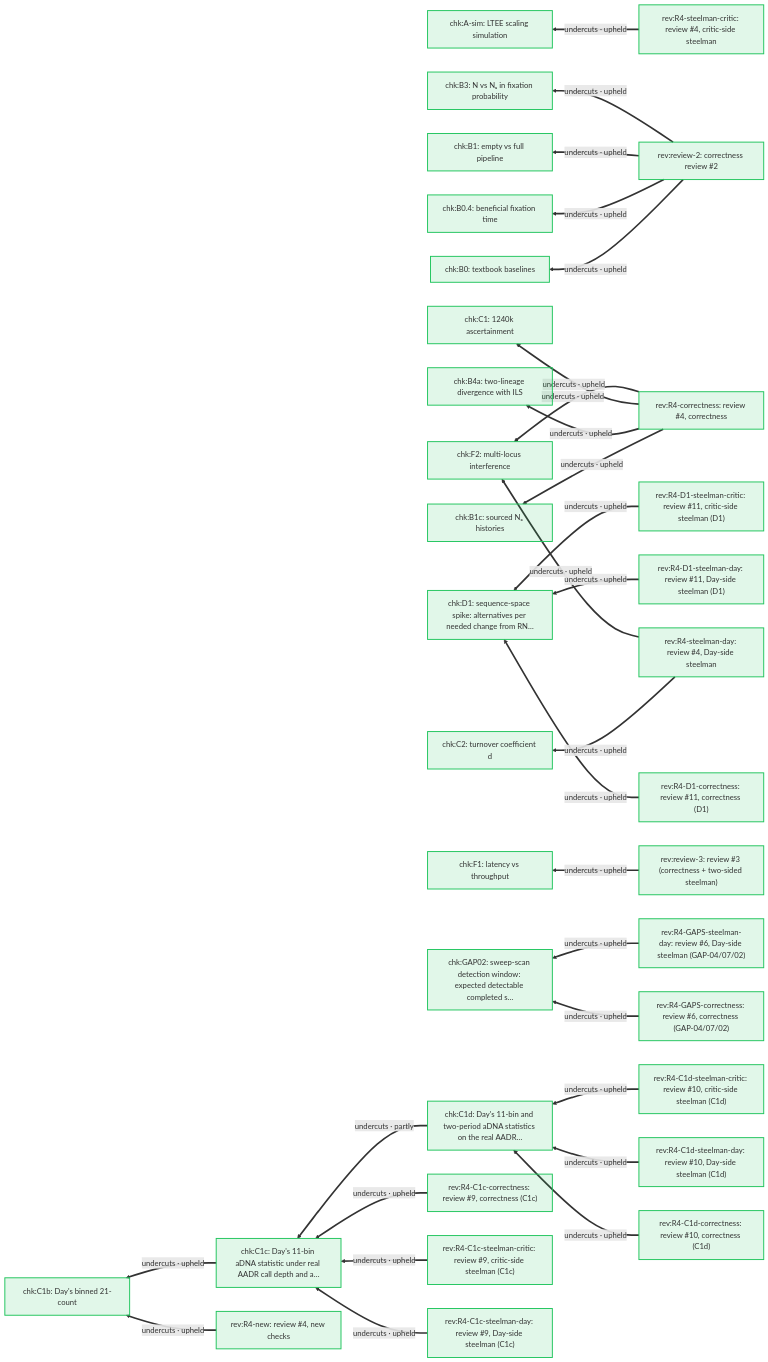
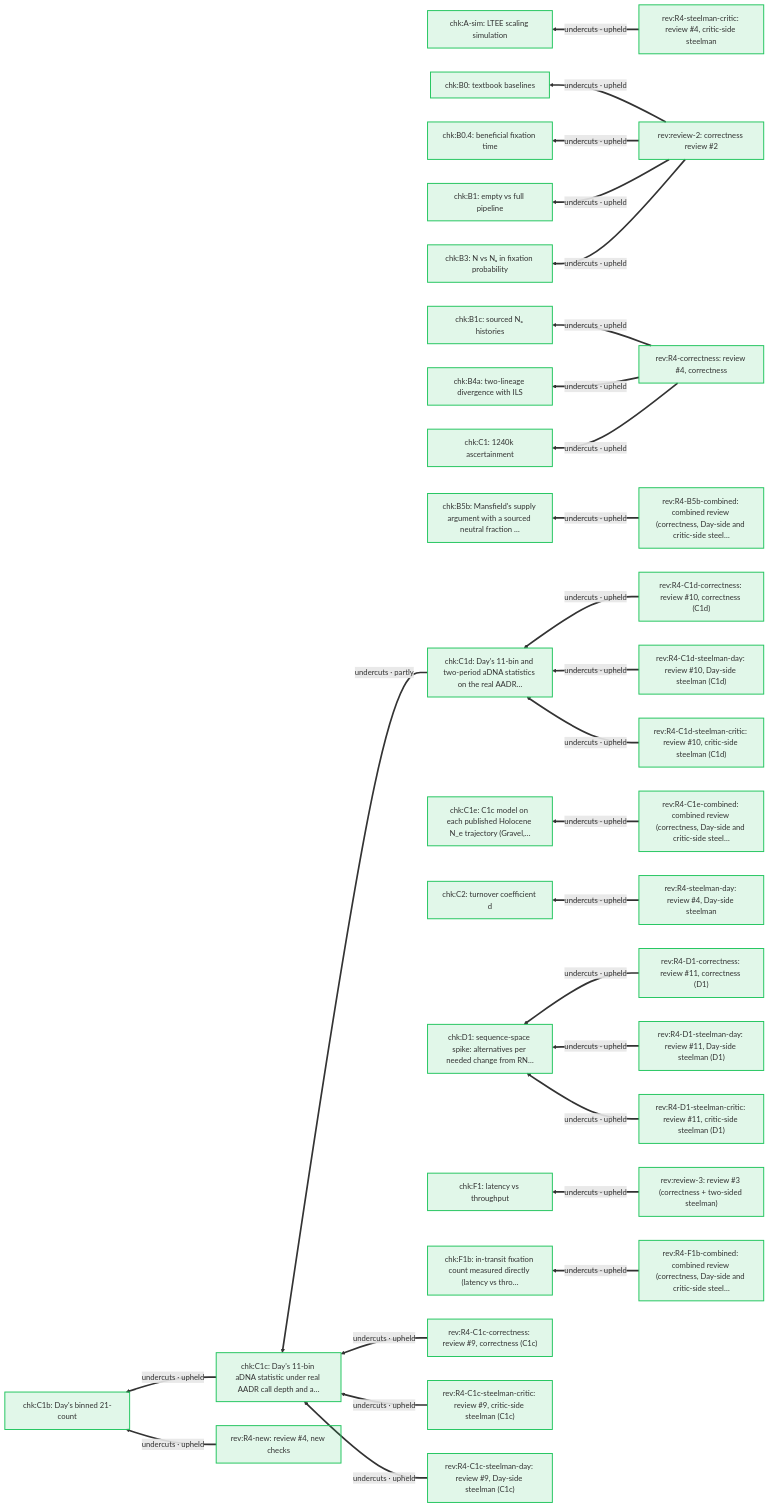
Diagram 17 of 19 in docs/arguments/defeaters.md (nickallevato/evo-sim), drawn with Mermaid before and after one commit. The commit also changed other lines of this file and 18 other files, not shown here.

````diff
--- a/docs/arguments/defeaters.md
+++ b/docs/arguments/defeaters.md
@@ -824,67 +836,68 @@
 ```mermaid
 flowchart RL
   classDef day fill:#f59e0b22,stroke:#f59e0b,stroke-width:2px
   classDef ally fill:#d9770622,stroke:#d97706,stroke-width:2px
   classDef critic fill:#3b82f622,stroke:#3b82f6,stroke-width:2px
   classDef literature fill:#a3a3a322,stroke:#a3a3a3,stroke-width:2px
   classDef audit fill:#22c55e22,stroke:#22c55e,stroke-width:2px
   chk_A_sim["chk:A-sim: LTEE scaling simulation"]:::audit
   chk_B0["chk:B0: textbook baselines"]:::audit
   chk_B0_4["chk:B0.4: beneficial fixation time"]:::audit
   chk_B1["chk:B1: empty vs full pipeline"]:::audit
   chk_B1c["chk:B1c: sourced Nₑ histories"]:::audit
   chk_B3["chk:B3: N vs Nₑ in fixation probability"]:::audit
   chk_B4a["chk:B4a: two-lineage divergence with ILS"]:::audit
+  chk_B5b["chk:B5b: Mansfield's supply argument with a sourced neutral fraction …"]:::audit
   chk_C1["chk:C1: 1240k ascertainment"]:::audit
   chk_C1b["chk:C1b: Day's binned 21-count"]:::audit
   chk_C1c["chk:C1c: Day's 11-bin aDNA statistic under real AADR call depth and a…"]:::audit
   chk_C1d["chk:C1d: Day's 11-bin and two-period aDNA statistics on the real AADR…"]:::audit
+  chk_C1e["chk:C1e: C1c model on each published Holocene N_e trajectory (Gravel,…"]:::audit
   chk_C2["chk:C2: turnover coefficient d"]:::audit
   chk_D1["chk:D1: sequence-space spike: alternatives per needed change from RN…"]:::audit
   chk_F1["chk:F1: latency vs throughput"]:::audit
-  chk_F2["chk:F2: multi-locus interference"]:::audit
-  chk_GAP02["chk:GAP02: sweep-scan detection window: expected detectable completed s…"]:::audit
+  chk_F1b["chk:F1b: in-transit fixation count measured directly (latency vs thro…"]:::audit
+  rev_R4_B5b_combined["rev:R4-B5b-combined: combined review (correctness, Day-side and critic-side steel…"]:::audit
   rev_R4_C1c_correctness["rev:R4-C1c-correctness: review #9, correctness (C1c)"]:::audit
   rev_R4_C1c_steelman_critic["rev:R4-C1c-steelman-critic: review #9, critic-side steelman (C1c)"]:::audit
   rev_R4_C1c_steelman_day["rev:R4-C1c-steelman-day: review #9, Day-side steelman (C1c)"]:::audit
   rev_R4_C1d_correctness["rev:R4-C1d-correctness: review #10, correctness (C1d)"]:::audit
   rev_R4_C1d_steelman_critic["rev:R4-C1d-steelman-critic: review #10, critic-side steelman (C1d)"]:::audit
   rev_R4_C1d_steelman_day["rev:R4-C1d-steelman-day: review #10, Day-side steelman (C1d)"]:::audit
+  rev_R4_C1e_combined["rev:R4-C1e-combined: combined review (correctness, Day-side and critic-side steel…"]:::audit
   rev_R4_D1_correctness["rev:R4-D1-correctness: review #11, correctness (D1)"]:::audit
   rev_R4_D1_steelman_critic["rev:R4-D1-steelman-critic: review #11, critic-side steelman (D1)"]:::audit
   rev_R4_D1_steelman_day["rev:R4-D1-steelman-day: review #11, Day-side steelman (D1)"]:::audit
-  rev_R4_GAPS_correctness["rev:R4-GAPS-correctness: review #6, correctness (GAP-04/07/02)"]:::audit
-  rev_R4_GAPS_steelman_day["rev:R4-GAPS-steelman-day: review #6, Day-side steelman (GAP-04/07/02)"]:::audit
+  rev_R4_F1b_combined["rev:R4-F1b-combined: combined review (correctness, Day-side and critic-side steel…"]:::audit
   rev_R4_correctness["rev:R4-correctness: review #4, correctness"]:::audit
   rev_R4_new["rev:R4-new: review #4, new checks"]:::audit
   rev_R4_steelman_critic["rev:R4-steelman-critic: review #4, critic-side steelman"]:::audit
   rev_R4_steelman_day["rev:R4-steelman-day: review #4, Day-side steelman"]:::audit
   rev_review_2["rev:review-2: correctness review #2"]:::audit
   rev_review_3["rev:review-3: review #3 (correctness + two-sided steelman)"]:::audit
   rev_R4_steelman_critic ==>|"undercuts · upheld"| chk_A_sim
   rev_review_2 ==>|"undercuts · upheld"| chk_B0
   rev_review_2 ==>|"undercuts · upheld"| chk_B0_4
   rev_review_2 ==>|"undercuts · upheld"| chk_B1
   rev_R4_correctness ==>|"undercuts · upheld"| chk_B1c
   rev_review_2 ==>|"undercuts · upheld"| chk_B3
   rev_R4_correctness ==>|"undercuts · upheld"| chk_B4a
+  rev_R4_B5b_combined ==>|"undercuts · upheld"| chk_B5b
   rev_R4_correctness ==>|"undercuts · upheld"| chk_C1
   rev_R4_new ==>|"undercuts · upheld"| chk_C1b
   chk_C1c ==>|"undercuts · upheld"| chk_C1b
   chk_C1d ==>|"undercuts · partly"| chk_C1c
   rev_R4_C1c_correctness ==>|"undercuts · upheld"| chk_C1c
   rev_R4_C1c_steelman_day ==>|"undercuts · upheld"| chk_C1c
   rev_R4_C1c_steelman_critic ==>|"undercuts · upheld"| chk_C1c
   rev_R4_C1d_correctness ==>|"undercuts · upheld"| chk_C1d
   rev_R4_C1d_steelman_day ==>|"undercuts · upheld"| chk_C1d
   rev_R4_C1d_steelman_critic ==>|"undercuts · upheld"| chk_C1d
+  rev_R4_C1e_combined ==>|"undercuts · upheld"| chk_C1e
   rev_R4_steelman_day ==>|"undercuts · upheld"| chk_C2
   rev_R4_D1_correctness ==>|"undercuts · upheld"| chk_D1
   rev_R4_D1_steelman_day ==>|"undercuts · upheld"| chk_D1
   rev_R4_D1_steelman_critic ==>|"undercuts · upheld"| chk_D1
   rev_review_3 ==>|"undercuts · upheld"| chk_F1
-  rev_R4_correctness ==>|"undercuts · upheld"| chk_F2
-  rev_R4_steelman_day ==>|"undercuts · upheld"| chk_F2
-  rev_R4_GAPS_correctness ==>|"undercuts · upheld"| chk_GAP02
-  rev_R4_GAPS_steelman_day ==>|"undercuts · upheld"| chk_GAP02
+  rev_R4_F1b_combined ==>|"undercuts · upheld"| chk_F1b
 ```
````
